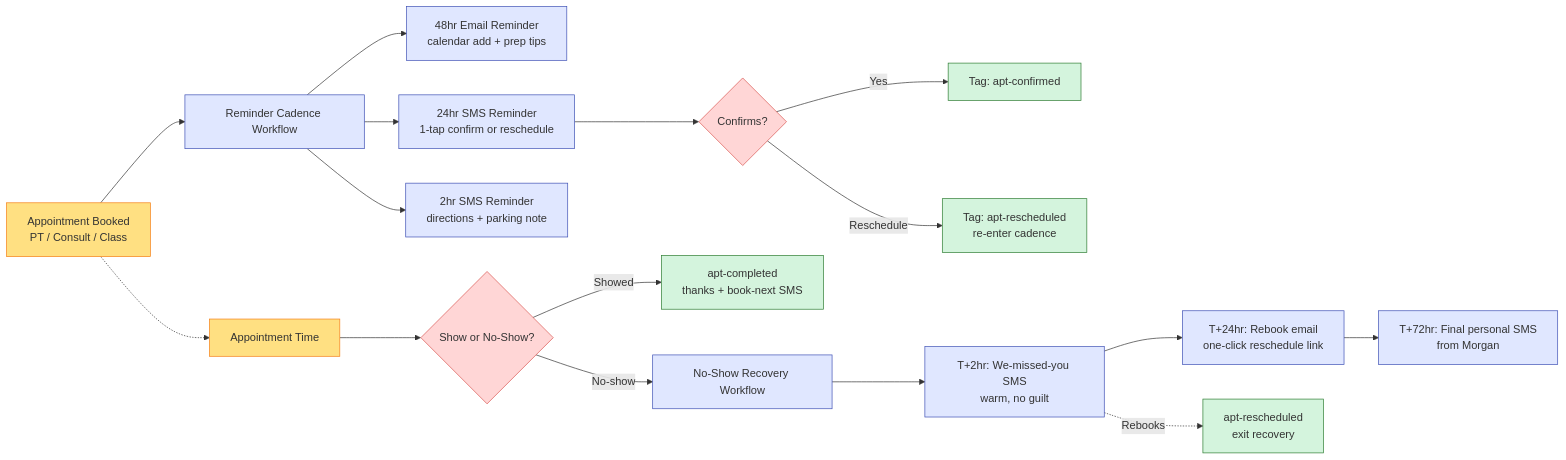
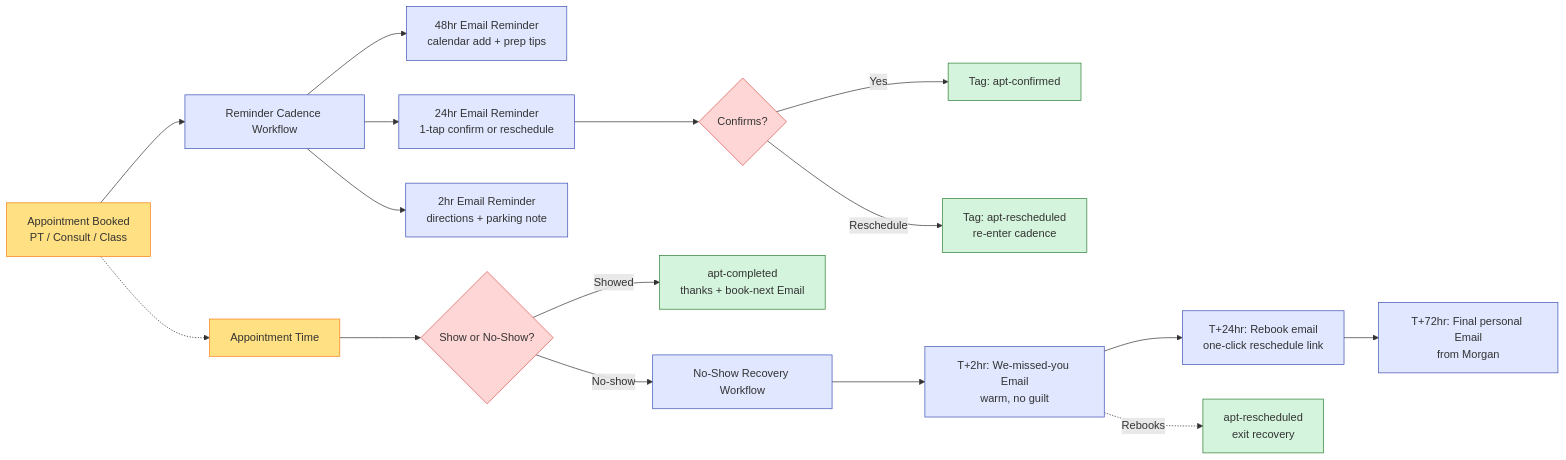
The diagram in client-demo/sunrise-wellness-studio/problems/03-appointment-no-show-recovery/README.md (safeer-maker/GoHighLevel), drawn with Mermaid before and after one commit. The commit also changed other lines of this file and 50 other files, not shown here.

````diff
--- a/client-demo/sunrise-wellness-studio/problems/03-appointment-no-show-recovery/README.md
+++ b/client-demo/sunrise-wellness-studio/problems/03-appointment-no-show-recovery/README.md
@@ -42,33 +42,33 @@
 ```mermaid
 graph LR
     BOOK[Appointment Booked<br/>PT / Consult / Class] --> WF1[Reminder Cadence Workflow]
 
     WF1 --> R48[48hr Email Reminder<br/>calendar add + prep tips]
-    WF1 --> R24[24hr SMS Reminder<br/>1-tap confirm or reschedule]
-    WF1 --> R2[2hr SMS Reminder<br/>directions + parking note]
+    WF1 --> R24[24hr Email Reminder<br/>1-tap confirm or reschedule]
+    WF1 --> R2[2hr Email Reminder<br/>directions + parking note]
 
     R24 --> Confirm{Confirms?}
     Confirm -->|Yes| Tagged[Tag: apt-confirmed]
     Confirm -->|Reschedule| Reschedule[Tag: apt-rescheduled<br/>re-enter cadence]
 
     BOOK -.-> APT[Appointment Time]
     APT --> Status{Show or No-Show?}
-    Status -->|Showed| Done[apt-completed<br/>thanks + book-next SMS]
+    Status -->|Showed| Done[apt-completed<br/>thanks + book-next Email]
     Status -->|No-show| WF2[No-Show Recovery Workflow]
 
-    WF2 --> N1[T+2hr: We-missed-you SMS<br/>warm, no guilt]
+    WF2 --> N1[T+2hr: We-missed-you Email<br/>warm, no guilt]
     N1 --> N2[T+24hr: Rebook email<br/>one-click reschedule link]
-    N2 --> N3[T+72hr: Final personal SMS<br/>from Morgan]
+    N2 --> N3[T+72hr: Final personal Email<br/>from Morgan]
 
     N1 -.->|Rebooks| Rebook[apt-rescheduled<br/>exit recovery]
 
     classDef trigger fill:#FFE082,stroke:#F57F17
     classDef action fill:#E0E7FF,stroke:#3F51B5
     classDef branch fill:#FFD6D6,stroke:#D9534F
     classDef tag fill:#D4F4DD,stroke:#2E7D32
 
     class BOOK,APT trigger
     class WF1,R48,R24,R2,WF2,N1,N2,N3 action
     class Confirm,Status branch
     class Tagged,Reschedule,Done,Rebook tag
 ```
````
